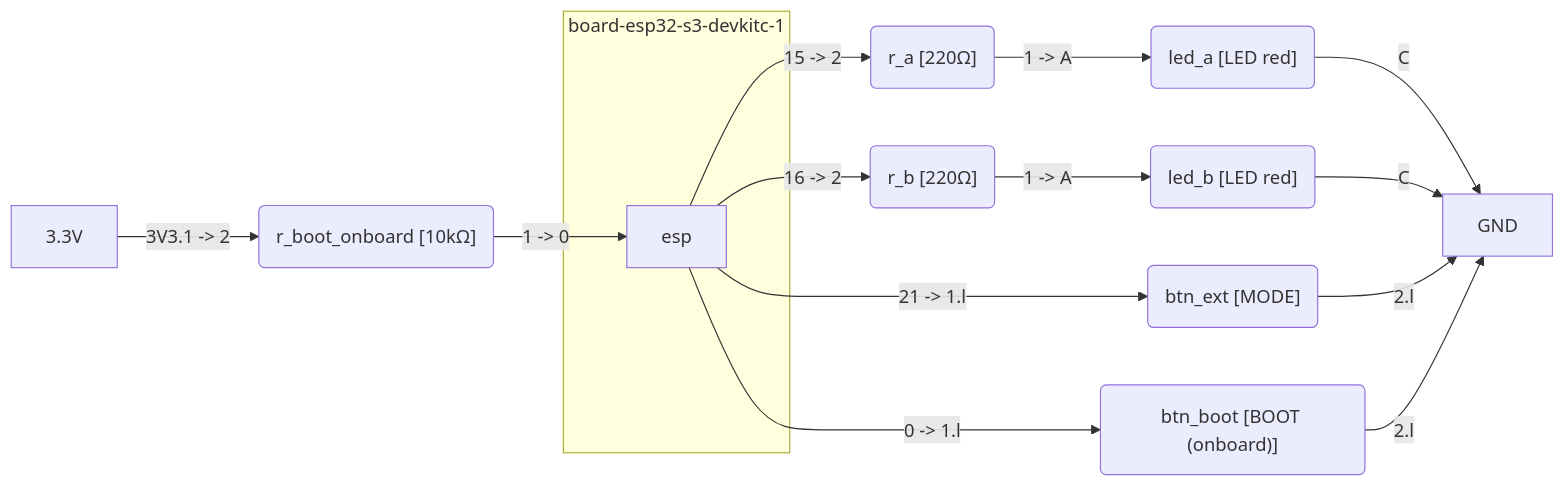
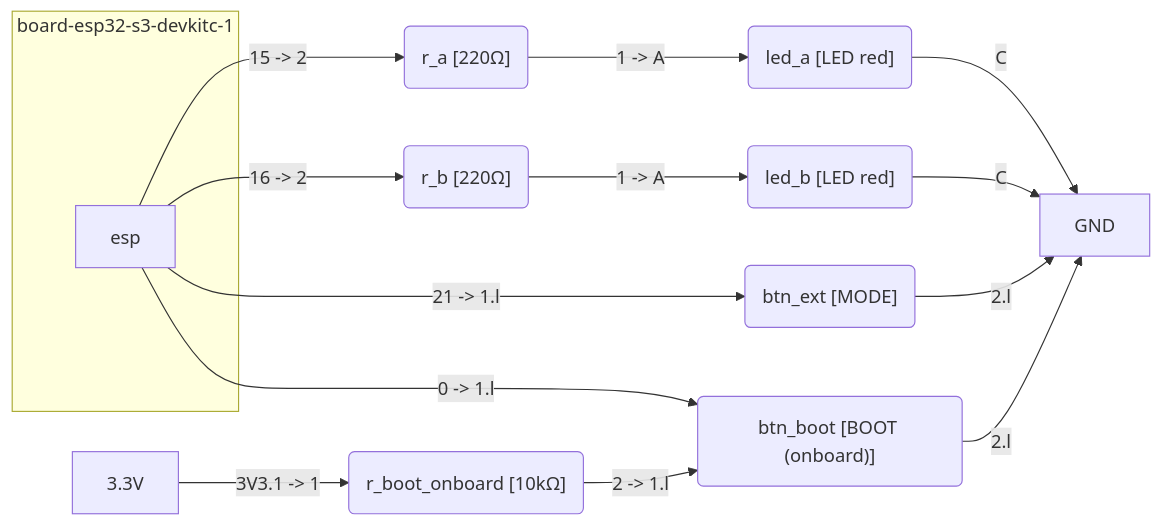
Before and after one commit to VLoktiev-EMB/homeworks: the diagram in homeworks/1_4-dual-led-button-modes/report.md, drawn with Mermaid. The commit also changed other lines of this file and 3 other files, not shown here.

First line of the commit message:
docs(schematic): capture split-wing right-control pattern

````diff
--- a/homeworks/1_4-dual-led-button-modes/report.md
+++ b/homeworks/1_4-dual-led-button-modes/report.md
@@ -134,26 +134,26 @@
 ```mermaid
 flowchart LR
     subgraph Board["board-esp32-s3-devkitc-1"]
         esp[esp]
     end
     r_a("r_a [220Ω]")
     led_a("led_a [LED red]")
     r_b("r_b [220Ω]")
     led_b("led_b [LED red]")
     btn_ext("btn_ext [MODE]")
     btn_boot("btn_boot [BOOT (onboard)]")
     r_boot_onboard("r_boot_onboard [10kΩ]")
 
     esp -->|15 -> 2| r_a
     r_a -->|1 -> A| led_a
     led_a -->|C| gnd[GND]
     esp -->|16 -> 2| r_b
     r_b -->|1 -> A| led_b
     led_b -->|C| gnd[GND]
     esp -->|21 -> 1.l| btn_ext
-    btn_ext -->|2.l| gnd[GND]
     esp -->|0 -> 1.l| btn_boot
     btn_boot -->|2.l| gnd[GND]
-    pwr["3.3V"] -->|3V3.1 -> 2| r_boot_onboard
-    r_boot_onboard -->|1 -> 0| esp
+    btn_ext -->|2.l| gnd[GND]
+    pwr["3.3V"] -->|3V3.1 -> 1| r_boot_onboard
+    r_boot_onboard -->|2 -> 1.l| btn_boot
 ```
````
